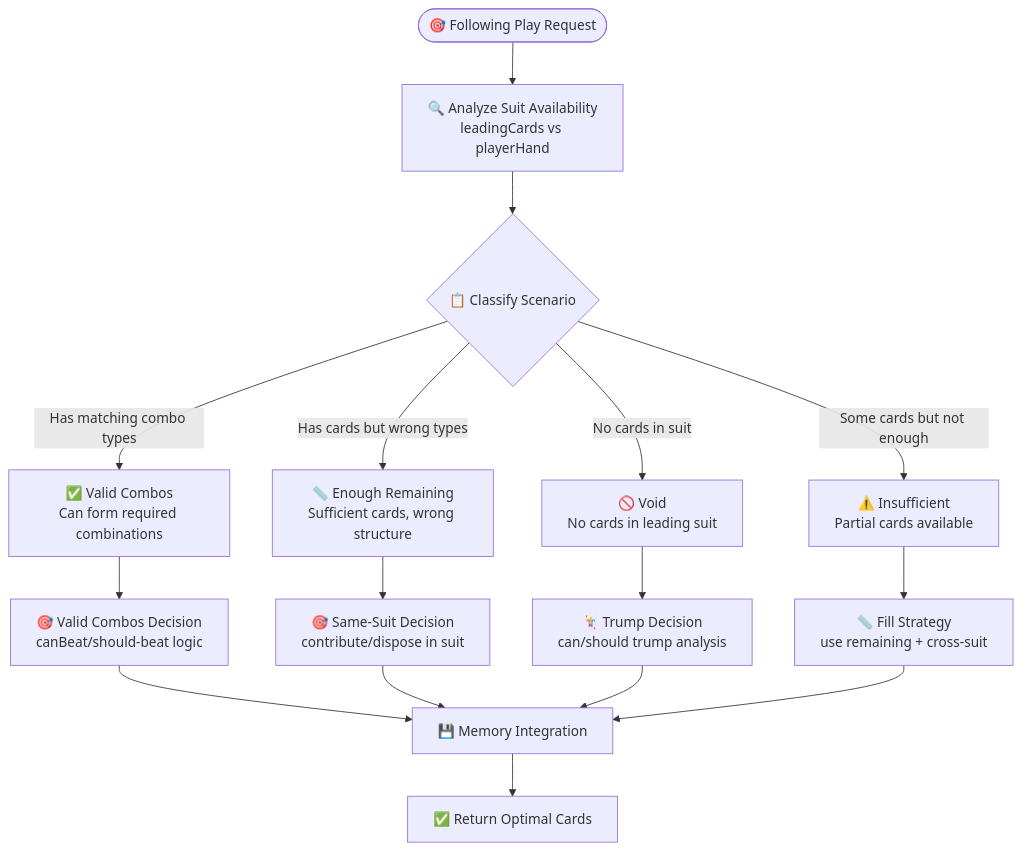
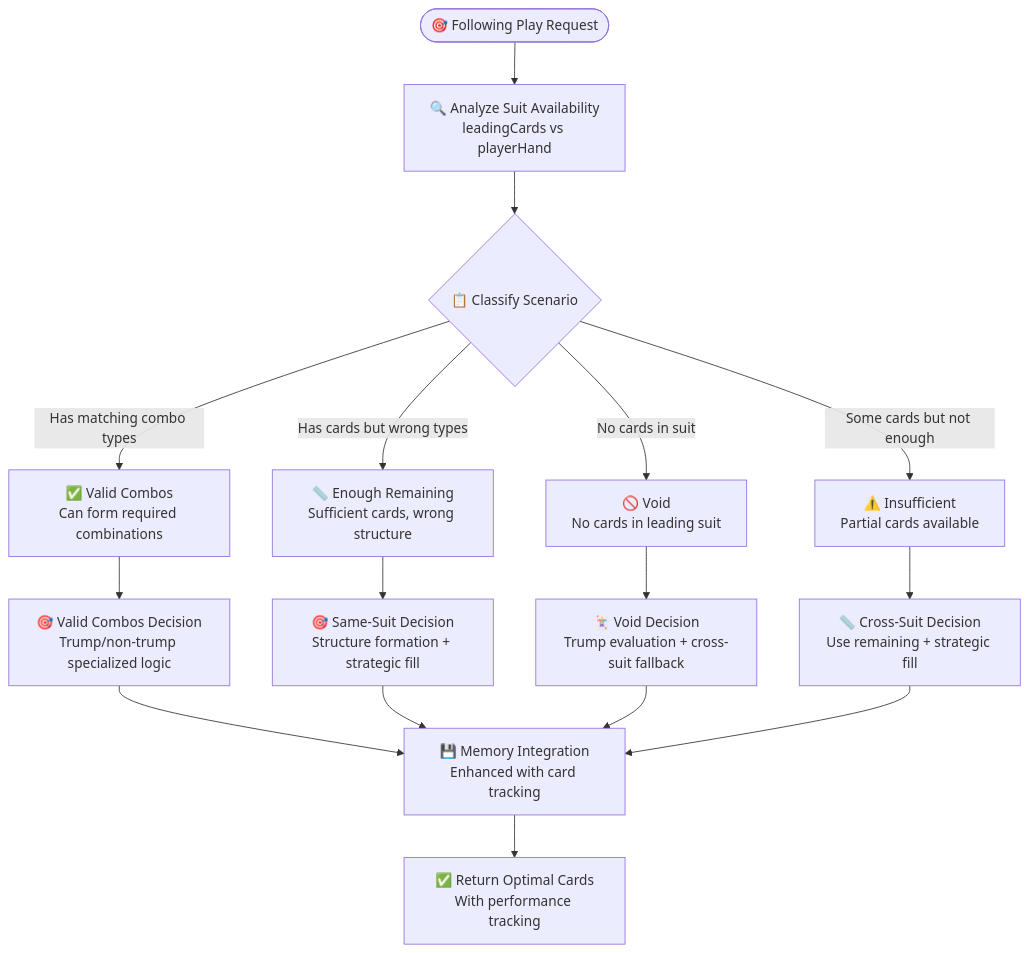
One commit to ejfn/Tractor changed the diagram in docs/FOLLOWING_V2_DESIGN.md. Above: the diagram before and after it, drawn with Mermaid. The commit also changed other lines of this file and 19 other files, not shown here.

````diff
--- a/docs/FOLLOWING_V2_DESIGN.md
+++ b/docs/FOLLOWING_V2_DESIGN.md
@@ -34,23 +33,23 @@
 ```mermaid
 flowchart TD
     Start([🎯 Following Play Request]) --> Analyze[🔍 Analyze Suit Availability<br/>leadingCards vs playerHand]
     
     Analyze --> Classify{📋 Classify Scenario}
     
     Classify -->|Has matching combo types| ValidCombos[✅ Valid Combos<br/>Can form required combinations]
     Classify -->|Has cards but wrong types| EnoughRemaining[📏 Enough Remaining<br/>Sufficient cards, wrong structure]
     Classify -->|No cards in suit| Void[🚫 Void<br/>No cards in leading suit]
     Classify -->|Some cards but not enough| Insufficient[⚠️ Insufficient<br/>Partial cards available]
     
-    ValidCombos --> ValidDecision[🎯 Valid Combos Decision<br/>canBeat/should-beat logic]
-    EnoughRemaining --> SameSuitDecision[🎯 Same-Suit Decision<br/>contribute/dispose in suit]
-    Void --> TrumpDecision[🃏 Trump Decision<br/>can/should trump analysis]
-    Insufficient --> FillDecision[📏 Fill Strategy<br/>use remaining + cross-suit]
+    ValidCombos --> ValidDecision[🎯 Valid Combos Decision<br/>Trump/non-trump specialized logic]
+    EnoughRemaining --> SameSuitDecision[🎯 Same-Suit Decision<br/>Structure formation + strategic fill]
+    Void --> VoidDecision[🃏 Void Decision<br/>Trump evaluation + cross-suit fallback]
+    Insufficient --> CrossSuitDecision[📏 Cross-Suit Decision<br/>Use remaining + strategic fill]
     
-    ValidDecision --> Memory[💾 Memory Integration]
+    ValidDecision --> Memory[💾 Memory Integration<br/>Enhanced with card tracking]
     SameSuitDecision --> Memory
-    TrumpDecision --> Memory
-    FillDecision --> Memory
+    VoidDecision --> Memory
+    CrossSuitDecision --> Memory
     
-    Memory --> Result[✅ Return Optimal Cards]
+    Memory --> Result[✅ Return Optimal Cards<br/>With performance tracking]
 ```
````
